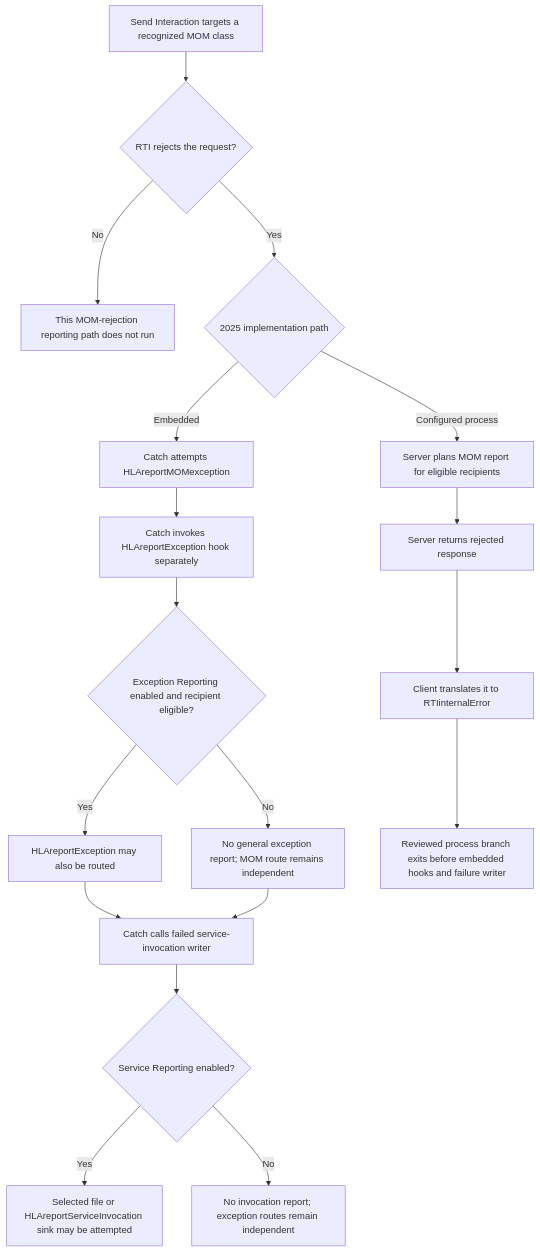
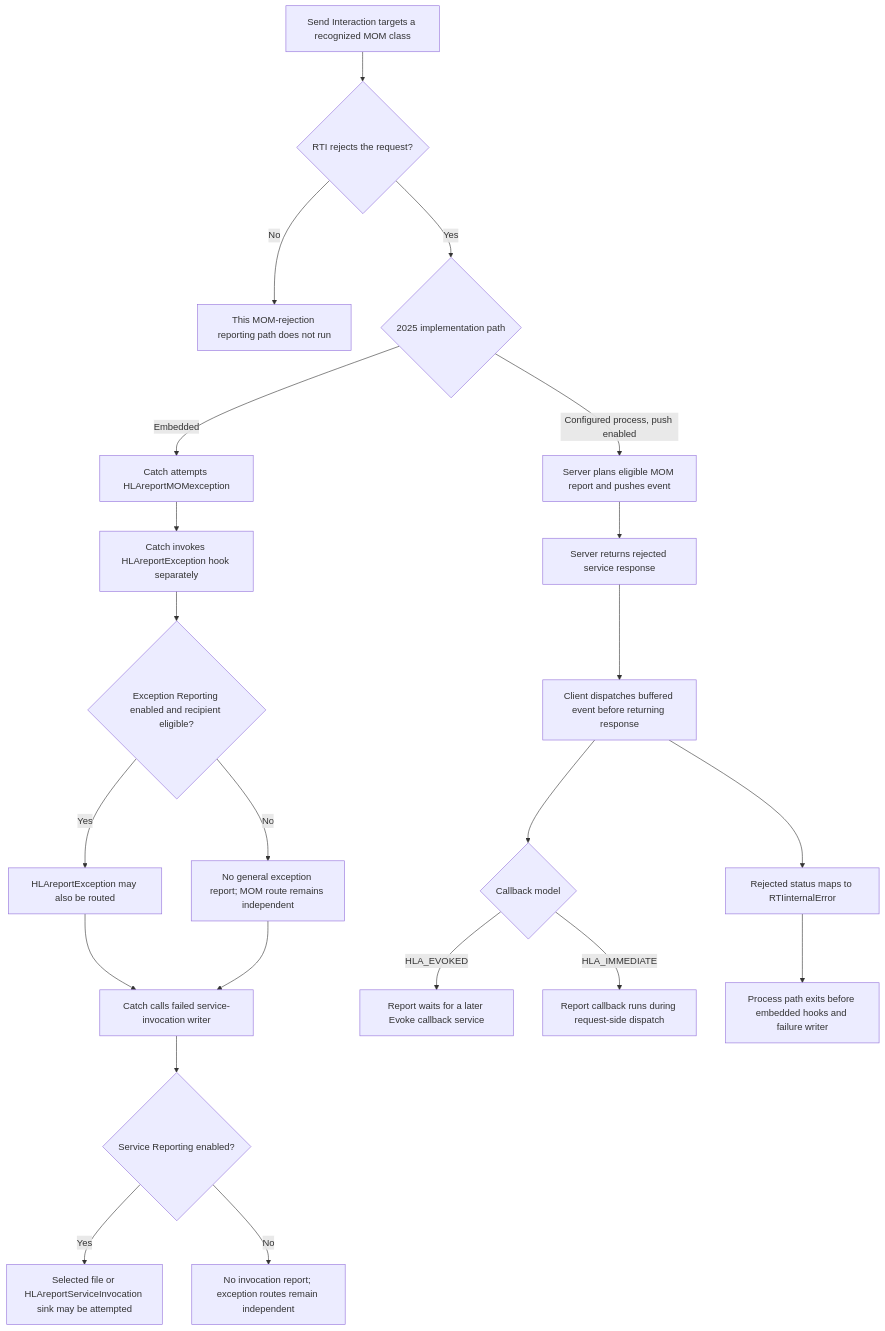
The seventh of 7 diagrams in docs/design/HLA-2025-EXCEPTION-REPORTING-FLOW-GUIDE.md (sheepfling/umbra), drawn with Mermaid before and after one commit. The commit also changed other lines of this file and 39 other files, not shown here.

Commit message:
Document IEEE 1516.1-2025 behavior flows

````diff
--- a/docs/design/HLA-2025-EXCEPTION-REPORTING-FLOW-GUIDE.md
+++ b/docs/design/HLA-2025-EXCEPTION-REPORTING-FLOW-GUIDE.md
@@ -442,20 +571,24 @@
 ```mermaid
 flowchart TD
   A[Send Interaction targets a recognized MOM class] --> B{RTI rejects the request?}
   B -->|No| C[This MOM-rejection reporting path does not run]
   B -->|Yes| D{2025 implementation path}
   D -->|Embedded| E[Catch attempts HLAreportMOMexception]
   E --> F[Catch invokes HLAreportException hook separately]
   F --> G{Exception Reporting enabled and recipient eligible?}
   G -->|Yes| H[HLAreportException may also be routed]
   G -->|No| I[No general exception report; MOM route remains independent]
   H --> J[Catch calls failed service-invocation writer]
   I --> J
   J --> K{Service Reporting enabled?}
   K -->|Yes| L[Selected file or HLAreportServiceInvocation sink may be attempted]
   K -->|No| M[No invocation report; exception routes remain independent]
-  D -->|Configured process| Q[Server plans MOM report for eligible recipients]
-  Q --> R[Server returns rejected response]
-  R --> S[Client translates it to RTIinternalError]
-  S --> T[Reviewed process branch exits before embedded hooks and failure writer]
+  D -->|Configured process, push enabled| Q[Server plans eligible MOM report and pushes event]
+  Q --> R[Server returns rejected service response]
+  R --> S[Client dispatches buffered event before returning response]
+  S --> T{Callback model}
+  T -->|HLA_EVOKED| U[Report waits for a later Evoke callback service]
+  T -->|HLA_IMMEDIATE| V[Report callback runs during request-side dispatch]
+  S --> W[Rejected status maps to RTIinternalError]
+  W --> X[Process path exits before embedded hooks and failure writer]
 ```
````
